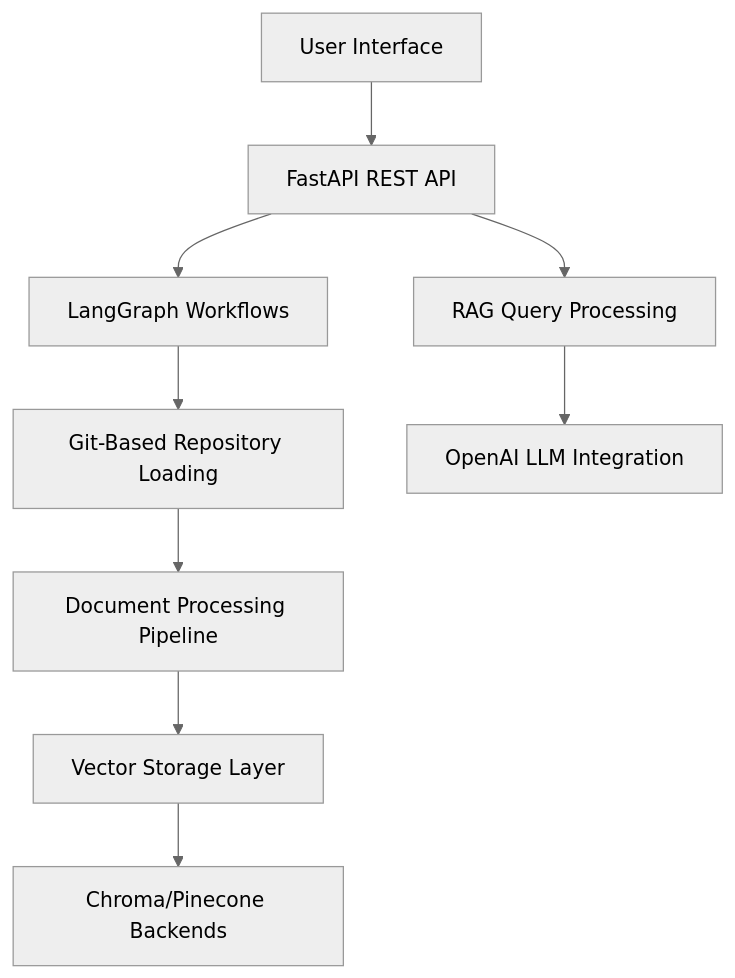
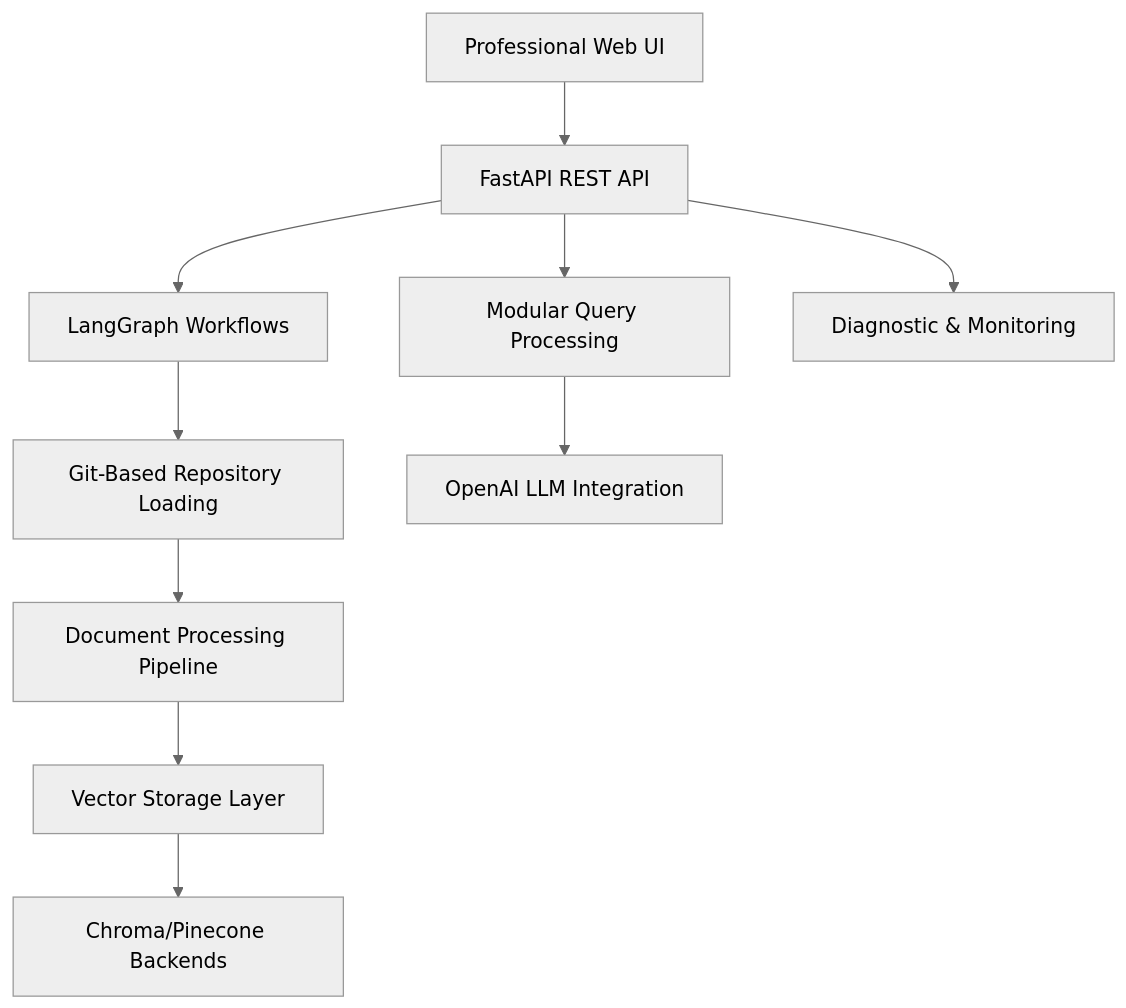
The diagram in memory-bank/activeContext.md (anhhai680/knowledge-graph-agent), drawn with Mermaid (neutral theme) before and after one commit. The commit also changed other lines of this file and 3 other files, not shown here.

````diff
--- a/memory-bank/activeContext.md
+++ b/memory-bank/activeContext.md
@@ -144,11 +149,12 @@
 ```mermaid
 graph TD
-    A[User Interface] --> B[FastAPI REST API]
+    A[Professional Web UI] --> B[FastAPI REST API]
     B --> C[LangGraph Workflows]
     C --> D[Git-Based Repository Loading]
     D --> E[Document Processing Pipeline]
     E --> F[Vector Storage Layer]
-    B --> G[RAG Query Processing]
+    B --> G[Modular Query Processing] 
     G --> H[OpenAI LLM Integration]
     F --> I[Chroma/Pinecone Backends]
+    B --> J[Diagnostic & Monitoring]
 ```
````
